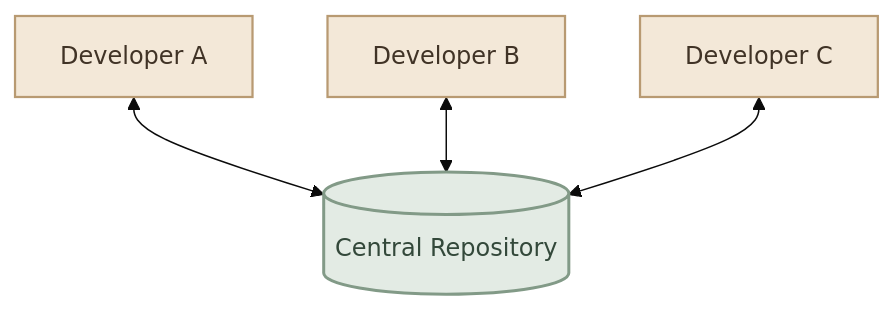
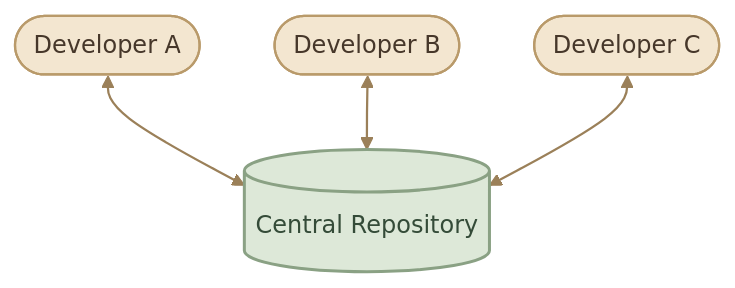
Before and after one commit to mustafammasoud/ops-handbook: the third of 6 diagrams in content/version-control/Git and GitHub/version-control-fundamentals.mdx, drawn with Mermaid (base theme). The commit also changed other lines of this file and 17 other files, not shown here.

````diff
--- a/content/version-control/Git and GitHub/version-control-fundamentals.mdx
+++ b/content/version-control/Git and GitHub/version-control-fundamentals.mdx
@@ -114,18 +124,20 @@
 ```mermaid
 flowchart TB
     S[("Central Repository")]
 
-    A["Developer A"]
-    B["Developer B"]
-    C["Developer C"]
+    A(["Developer A"])
+    B(["Developer B"])
+    C(["Developer C"])
 
     A <--> S
     B <--> S
     C <--> S
 
-    classDef server fill:#E3EBE4,stroke:#829A87,color:#33483A,stroke-width:2px
-    classDef developer fill:#F3E8D8,stroke:#B89A72,color:#403326,stroke-width:1.5px
+    classDef server fill:#DDE8D8,stroke:#8AA184,color:#344B38,stroke-width:2px
+    classDef developer fill:#F3E6D0,stroke:#B99A6A,color:#46372A,stroke-width:1.5px
 
     class S server
     class A,B,C developer
+
+    linkStyle default stroke:#9B8059,stroke-width:1.5px
 ```
````
